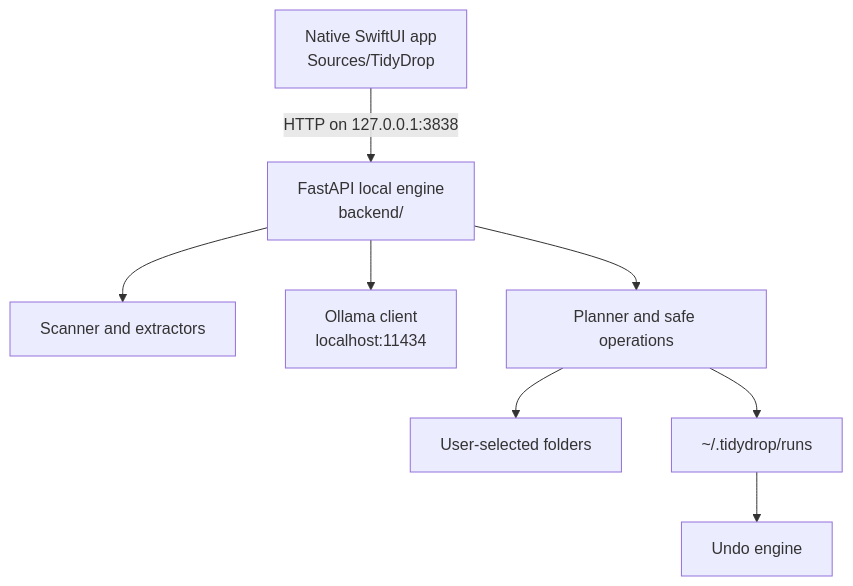
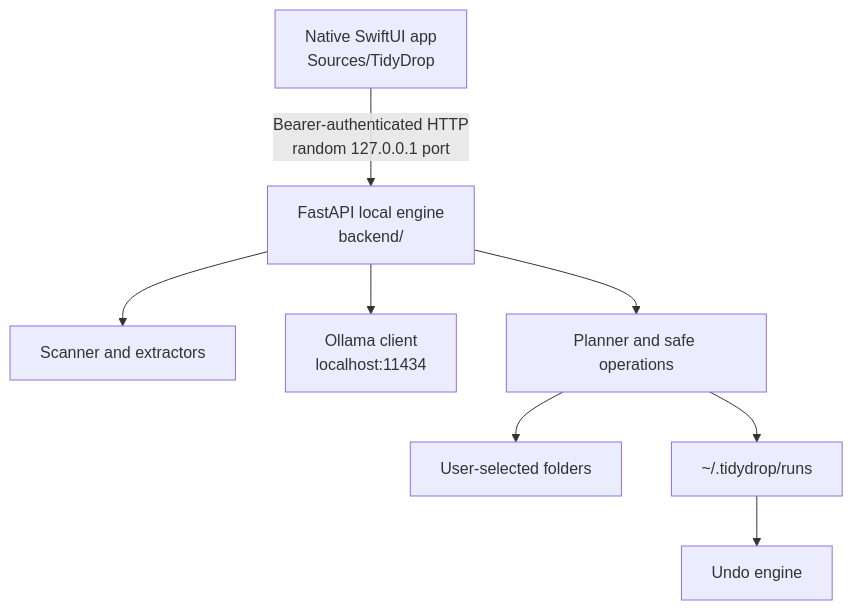
Before and after one commit to 77Aymeric/tidydrop: the third of 3 diagrams in README.md, drawn with Mermaid. The commit also changed other lines of this file and 35 other files, not shown here.

Commit message:
Harden local backend and release pipeline

````diff
--- a/README.md
+++ b/README.md
@@ -275,10 +277,10 @@
 ```mermaid
 graph TD
-    UI["Native SwiftUI app<br/>Sources/TidyDrop"] -->|"HTTP on 127.0.0.1:3838"| BE["FastAPI local engine<br/>backend/"]
+    UI["Native SwiftUI app<br/>Sources/TidyDrop"] -->|"Bearer-authenticated HTTP<br/>random 127.0.0.1 port"| BE["FastAPI local engine<br/>backend/"]
     BE --> SCAN["Scanner and extractors"]
     BE --> AI["Ollama client<br/>localhost:11434"]
     BE --> PLAN["Planner and safe operations"]
     PLAN --> FS["User-selected folders"]
     PLAN --> HIST["~/.tidydrop/runs"]
     HIST --> UNDO["Undo engine"]
 ```
````
